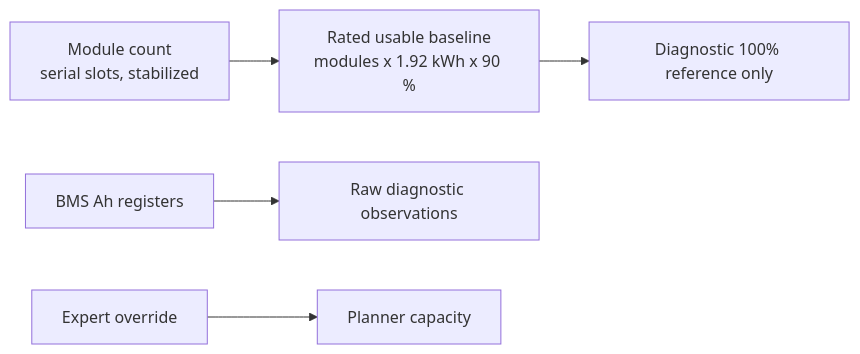
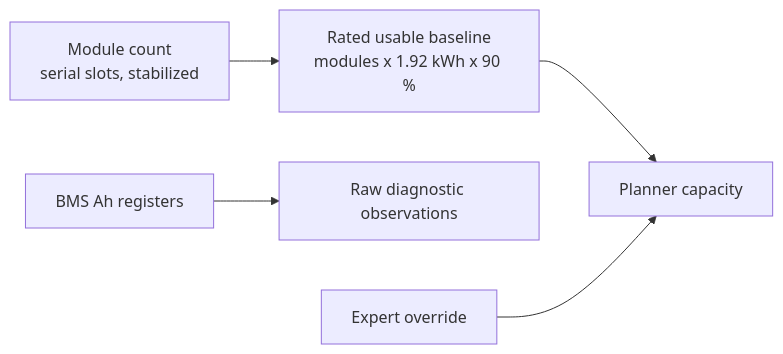
The second of 2 diagrams in docs/energy/charging-plan.md (Gill-Bates/rct-manager), drawn with Mermaid before and after one commit. The commit also changed other lines of this file and 6 other files, not shown here.

````diff
--- a/docs/energy/charging-plan.md
+++ b/docs/energy/charging-plan.md
@@ -52,7 +51,7 @@
 ```mermaid
 flowchart LR
     MOD["Module count<br/>serial slots, stabilized"] --> RATED["Rated usable baseline<br/>modules x 1.92 kWh x 90 %"]
-    RATED --> DIAG["Diagnostic 100% reference only"]
+    RATED --> CAP["Planner capacity"]
     AH["BMS Ah registers"] --> DIAG2["Raw diagnostic observations"]
     OVERRIDE["Expert override"] --> CAP["Planner capacity"]
 ```
````
